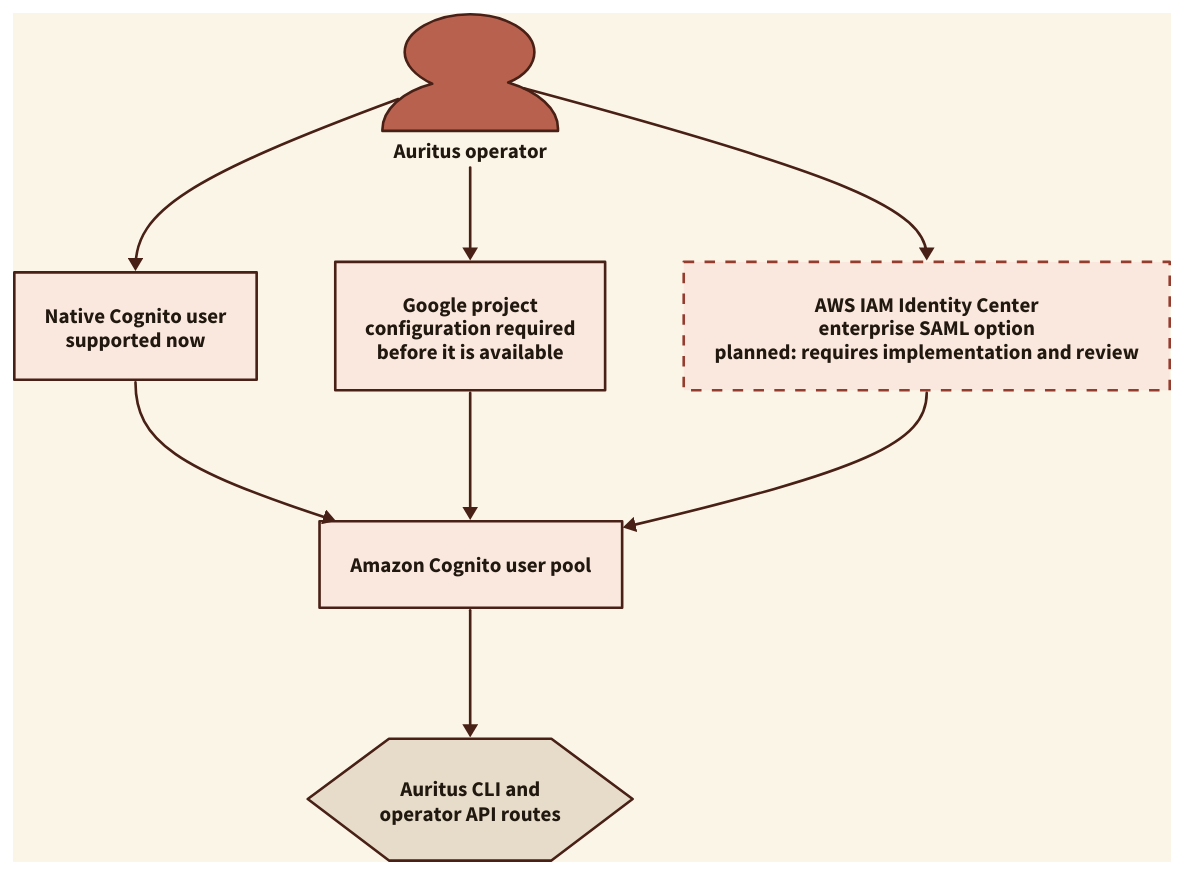
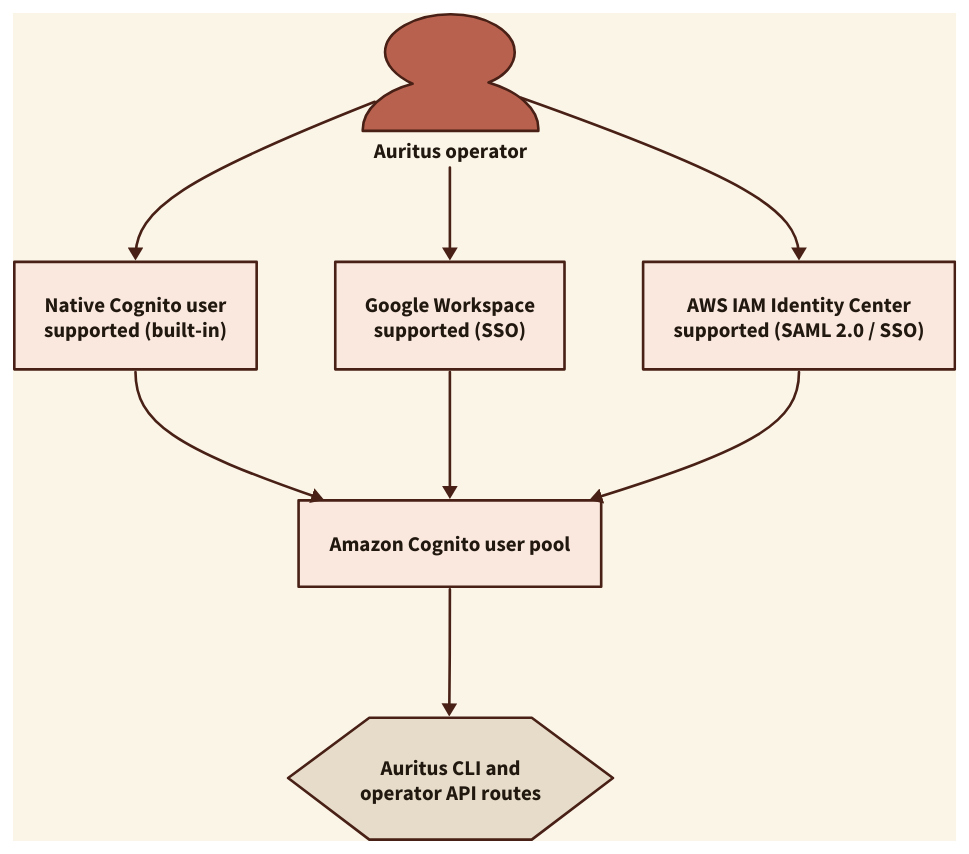
One commit to AnthusAI/Auritus changed the diagram in docs/diagrams/operator-identity-options.d2. Above: the diagram before and after it, drawn with D2. The commit also changed 15 other files, not shown here.

Commit message:
feat(auth): support Google Workspace and AWS IAM Identity Center SSO federation

```diff
--- a/docs/diagrams/operator-identity-options.d2
+++ b/docs/diagrams/operator-identity-options.d2
@@ -1,81 +1,80 @@
 direction: down
 
 vars: {
   d2-config: {
     pad: 32
     theme-overrides: {
       N1: "#21180f"
       N2: "#665846"
       N3: "#9a8668"
       N4: "#cdbfa8"
       N5: "#e6dcc9"
       N6: "#f5eedf"
       N7: "#fbf5e8"
       B1: "#482015"
       B2: "#943c2e"
       B3: "#b8614e"
       B4: "#d99a80"
       B5: "#efcbbb"
       B6: "#fae8de"
       AA2: "#6e4f2b"
       AA4: "#b88e4c"
       AA5: "#e5c88f"
       AB4: "#b87925"
       AB5: "#f2d8a4"
     }
     dark-theme-overrides: {
       N1: "#f3e6cf"
       N2: "#cfbea4"
       N3: "#a99273"
       N4: "#705c44"
       N5: "#4a3928"
       N6: "#382b21"
       N7: "#2d231b"
       B1: "#f3d3c1"
       B2: "#e19a78"
       B3: "#bd7258"
       B4: "#704132"
       B5: "#482c22"
       B6: "#301e18"
       AA2: "#d7b57a"
       AA4: "#926e39"
       AA5: "#4f3920"
       AB4: "#efb85d"
       AB5: "#5c401f"
     }
   }
 }
 
 operator: {
   label: "Auritus operator"
   shape: person
 }
 
 cognito: {
   label: "Amazon Cognito user pool"
 }
 
 cli: {
   label: "Auritus CLI and\noperator API routes"
   shape: hexagon
 }
 
 native: {
-  label: "Native Cognito user\nsupported now"
+  label: "Native Cognito user\nsupported (built-in)"
   shape: rectangle
 }
 
 google: {
-  label: "Google project\nconfiguration required\nbefore it is available"
+  label: "Google Workspace\nsupported (SSO)"
   shape: rectangle
 }
 
 identity-center: {
-  label: "AWS IAM Identity Center\nenterprise SAML option\nplanned: requires implementation and review"
+  label: "AWS IAM Identity Center\nsupported (SAML 2.0 / SSO)"
   shape: rectangle
-  style.stroke-dash: 4
 }
 
 operator -> native -> cognito -> cli
 operator -> google -> cognito
 operator -> identity-center -> cognito
```
